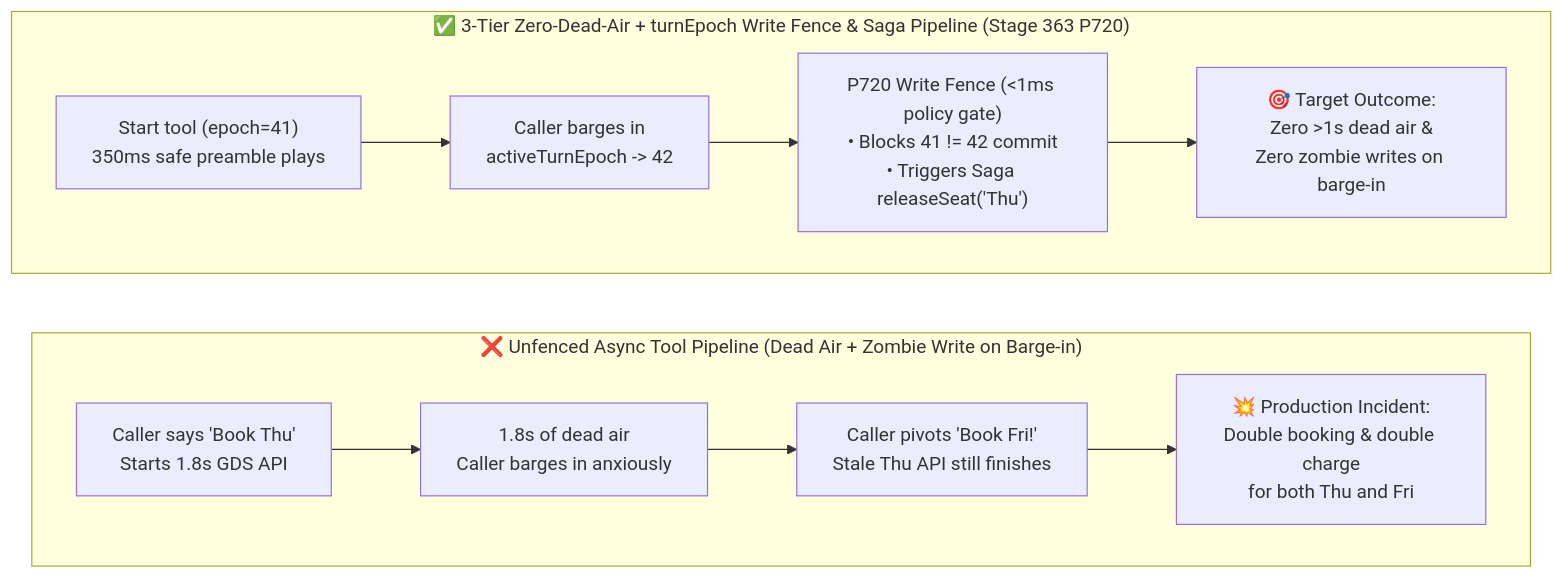
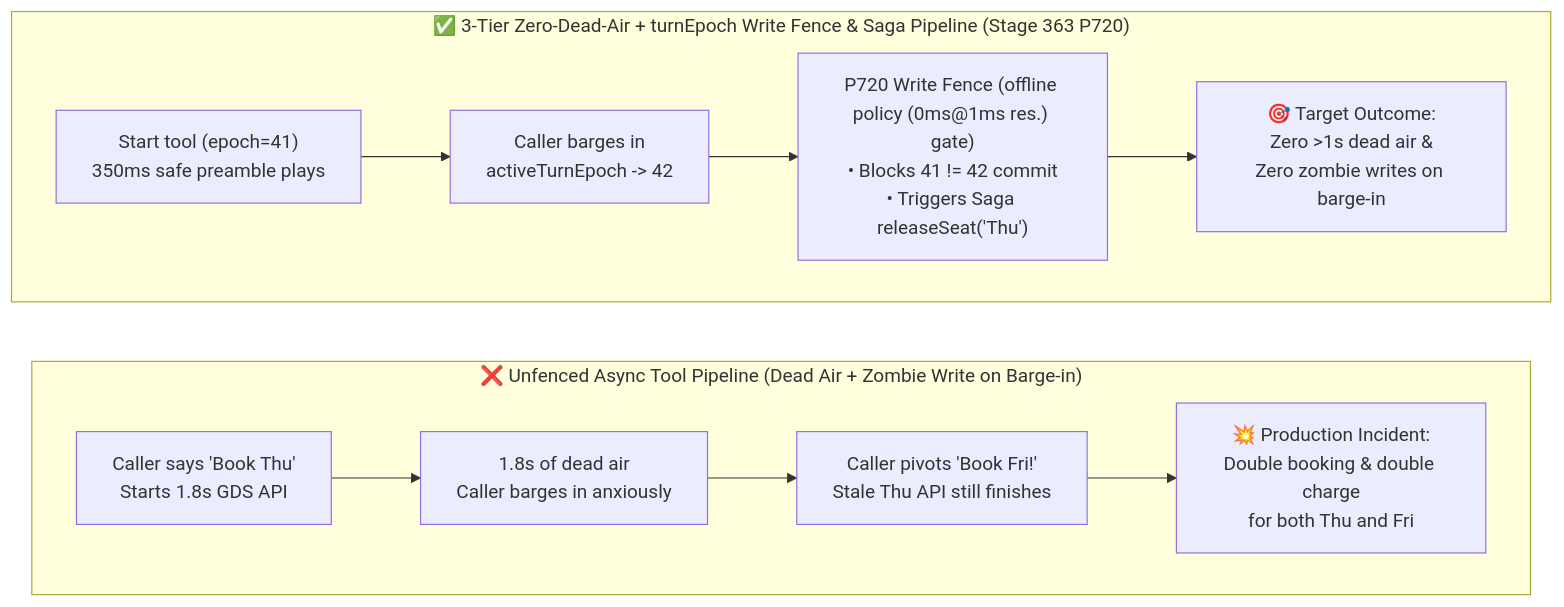
One commit to turbo998/turbo998.github.io changed the second of 3 diagrams in voice/voice-tool-epoch-fence-faq.en.md. Above: the diagram before and after it, drawn with Mermaid. The commit also changed other lines of this file and 43 other files, not shown here.

````diff
--- a/voice/voice-tool-epoch-fence-faq.en.md
+++ b/voice/voice-tool-epoch-fence-faq.en.md
@@ -64,16 +64,16 @@
 ```mermaid
 flowchart LR
     subgraph Legacy["❌ Unfenced Async Tool Pipeline (Dead Air + Zombie Write on Barge-in)"]
         direction LR
         L1["Caller says 'Book Thu'\nStarts 1.8s GDS API"] --> L2["1.8s of dead air\nCaller barges in anxiously"]
         L2 --> L3["Caller pivots 'Book Fri!'\nStale Thu API still finishes"]
         L3 --> L4["💥 Production Incident:\nDouble booking & double charge\nfor both Thu and Fri"]
     end
 
     subgraph Modern["✅ 3-Tier Zero-Dead-Air + turnEpoch Write Fence & Saga Pipeline (Stage 363 P720)"]
         direction LR
         M1["Start tool (epoch=41)\n350ms safe preamble plays"] --> M2["Caller barges in\nactiveTurnEpoch -> 42"]
-        M2 --> M3["P720 Write Fence (<1ms policy gate)\n• Blocks 41 != 42 commit\n• Triggers Saga releaseSeat('Thu')"]
+        M2 --> M3["P720 Write Fence (offline policy (0ms@1ms res.) gate)\n• Blocks 41 != 42 commit\n• Triggers Saga releaseSeat('Thu')"]
         M3 --> M4["🎯 Target Outcome:\nZero >1s dead air &\nZero zombie writes on barge-in"]
     end
 ```
````
